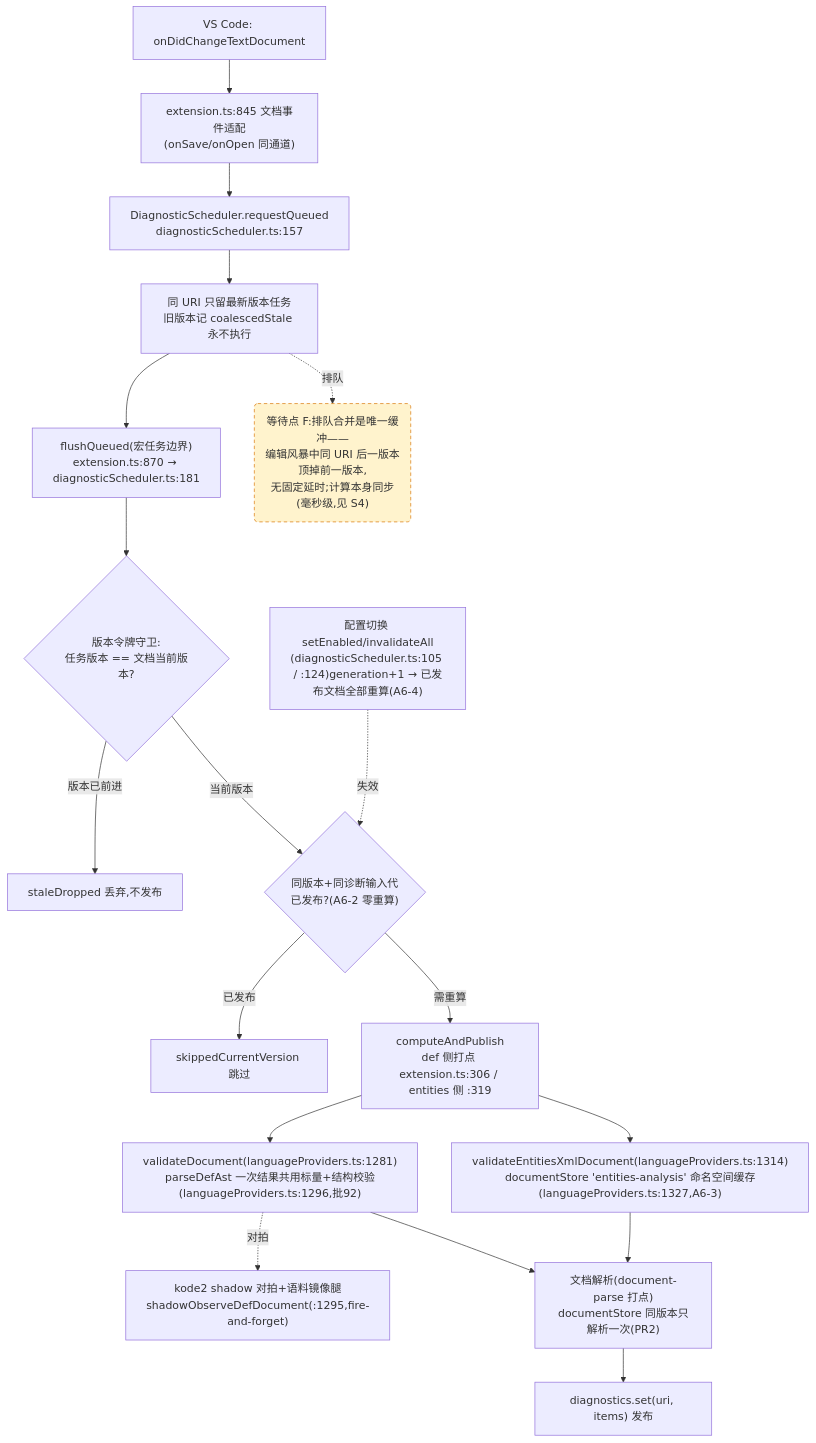
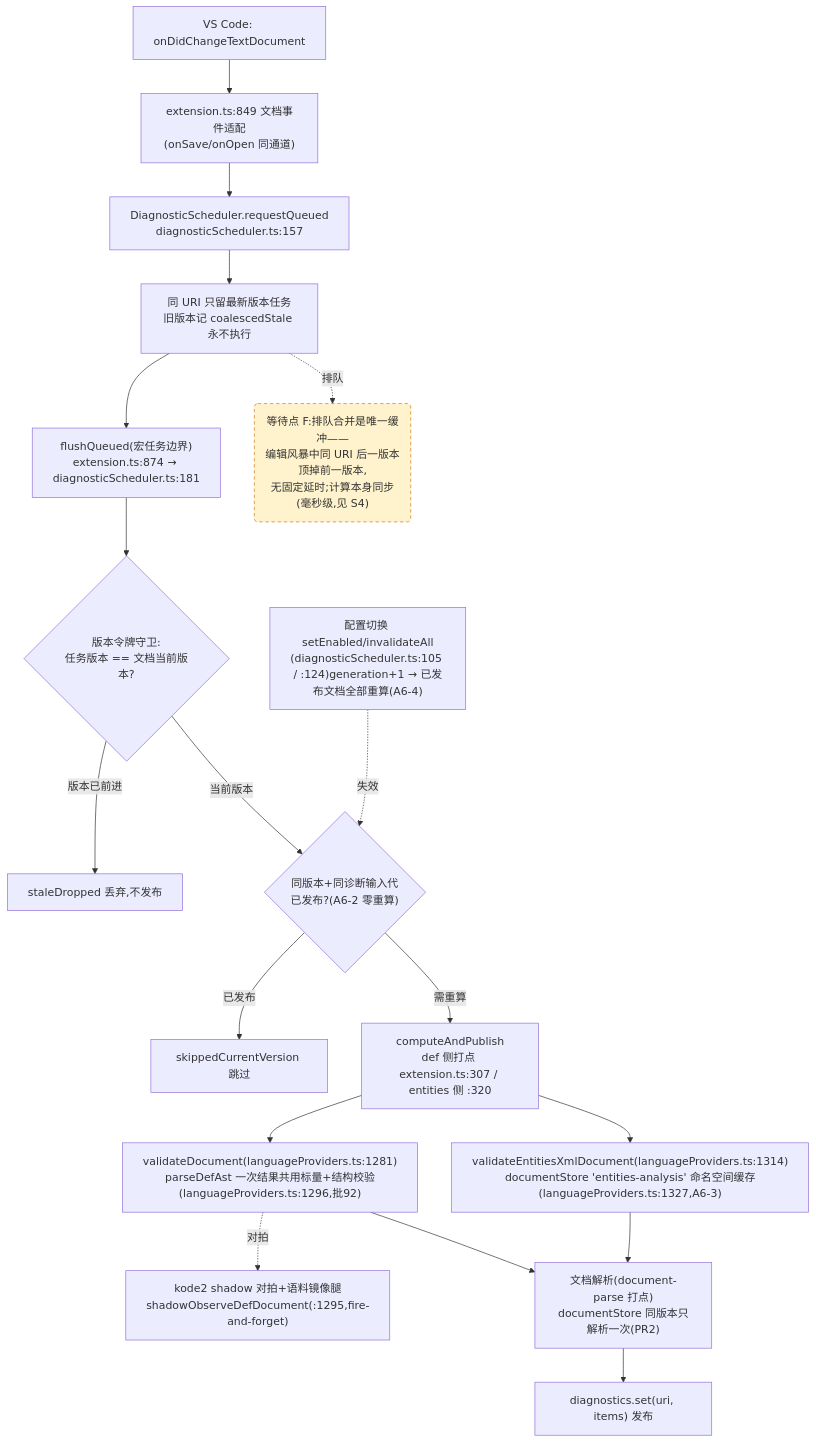
Before and after one commit to cuihairu/kode: the fourth of 4 diagrams in docs/perf/2026-baseline.md, drawn with Mermaid. The commit also changed other lines of this file and 5 other files, not shown here.

````diff
--- a/docs/perf/2026-baseline.md
+++ b/docs/perf/2026-baseline.md
@@ -214,38 +214,38 @@
 ```mermaid
 flowchart TD
   CHG["VS Code: onDidChangeTextDocument"]
-  WATCH["extension.ts:845 文档事件适配<br/>(onSave/onOpen 同通道)"]
+  WATCH["extension.ts:849 文档事件适配<br/>(onSave/onOpen 同通道)"]
   RQ["DiagnosticScheduler.requestQueued<br/>diagnosticScheduler.ts:157"]
   CO["同 URI 只留最新版本任务<br/>旧版本记 coalescedStale 永不执行"]
-  FL["flushQueued(宏任务边界)<br/>extension.ts:870 → diagnosticScheduler.ts:181"]
+  FL["flushQueued(宏任务边界)<br/>extension.ts:874 → diagnosticScheduler.ts:181"]
   VG{"版本令牌守卫:<br/>任务版本 == 文档当前版本?"}
   DROP["staleDropped 丢弃,不发布"]
   GEN{"同版本+同诊断输入代<br/>已发布?(A6-2 零重算)"}
   SKIP["skippedCurrentVersion 跳过"]
-  CALC["computeAndPublish<br/>def 侧打点 extension.ts:306 / entities 侧 :319"]
+  CALC["computeAndPublish<br/>def 侧打点 extension.ts:307 / entities 侧 :320"]
   VD["validateDocument(languageProviders.ts:1281)<br/>parseDefAst 一次结果共用标量+结构校验(languageProviders.ts:1296,批92)"]
   VEX["validateEntitiesXmlDocument(languageProviders.ts:1314)<br/>documentStore 'entities-analysis' 命名空间缓存(languageProviders.ts:1327,A6-3)"]
   SHDD["kode2 shadow 对拍+语料镜像腿<br/>shadowObserveDefDocument(:1295,fire-and-forget)"]
   DS["文档解析(document-parse 打点)<br/>documentStore 同版本只解析一次(PR2)"]
   PUB["diagnostics.set(uri, items) 发布"]
   CFG2["配置切换 setEnabled/invalidateAll<br/>(diagnosticScheduler.ts:105 / :124)generation+1 → 已发布文档全部重算(A6-4)"]
 
   CHG --> WATCH --> RQ --> CO --> FL --> VG
   VG -- "版本已前进" --> DROP
   VG -- "当前版本" --> GEN
   GEN -- "已发布" --> SKIP
   GEN -- "需重算" --> CALC
   CALC --> VD
   CALC --> VEX
   VD --> DS
   VEX --> DS
   DS --> PUB
   VD -.->|对拍| SHDD
   CFG2 -.->|失效| GEN
 
   WAITF("等待点 F:排队合并是唯一缓冲——<br/>编辑风暴中同 URI 后一版本顶掉前一版本,<br/>无固定延时;计算本身同步(毫秒级,见 S4)")
   CO -.->|排队| WAITF
 
   classDef waitPoint fill:#fff3cd,stroke:#d97706,stroke-dasharray:5 4;
   class WAITF waitPoint;
 ```
````
